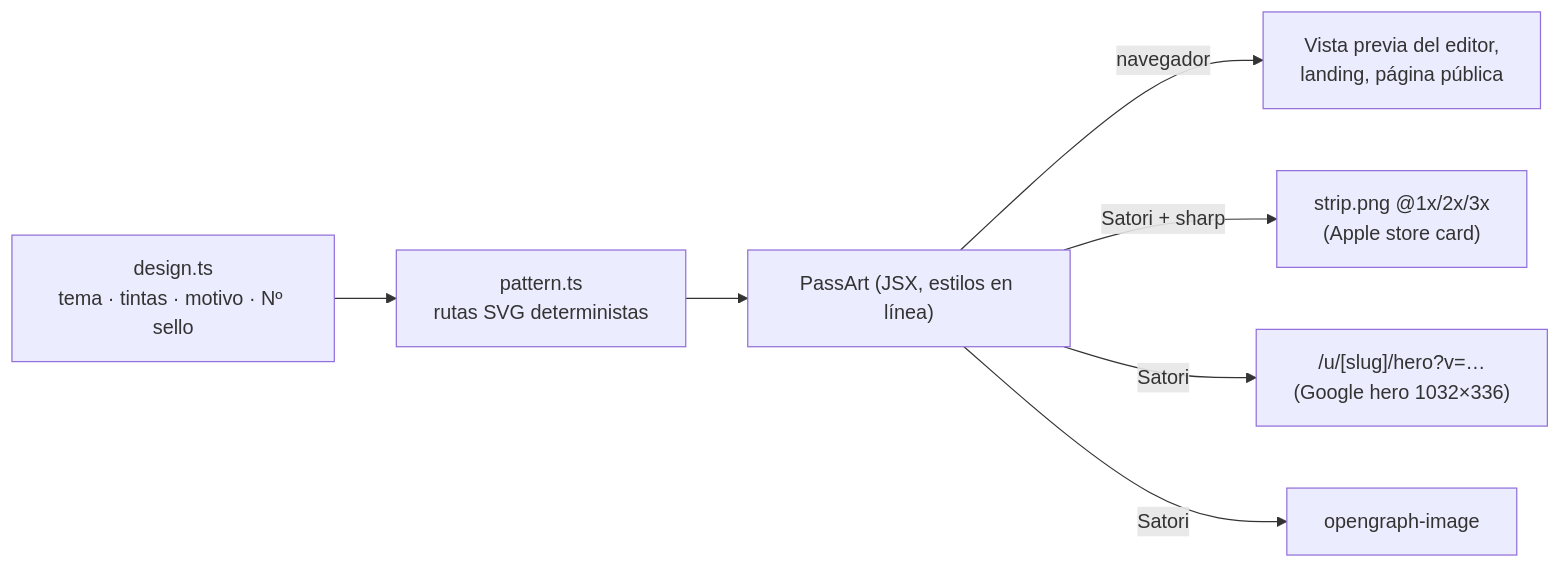
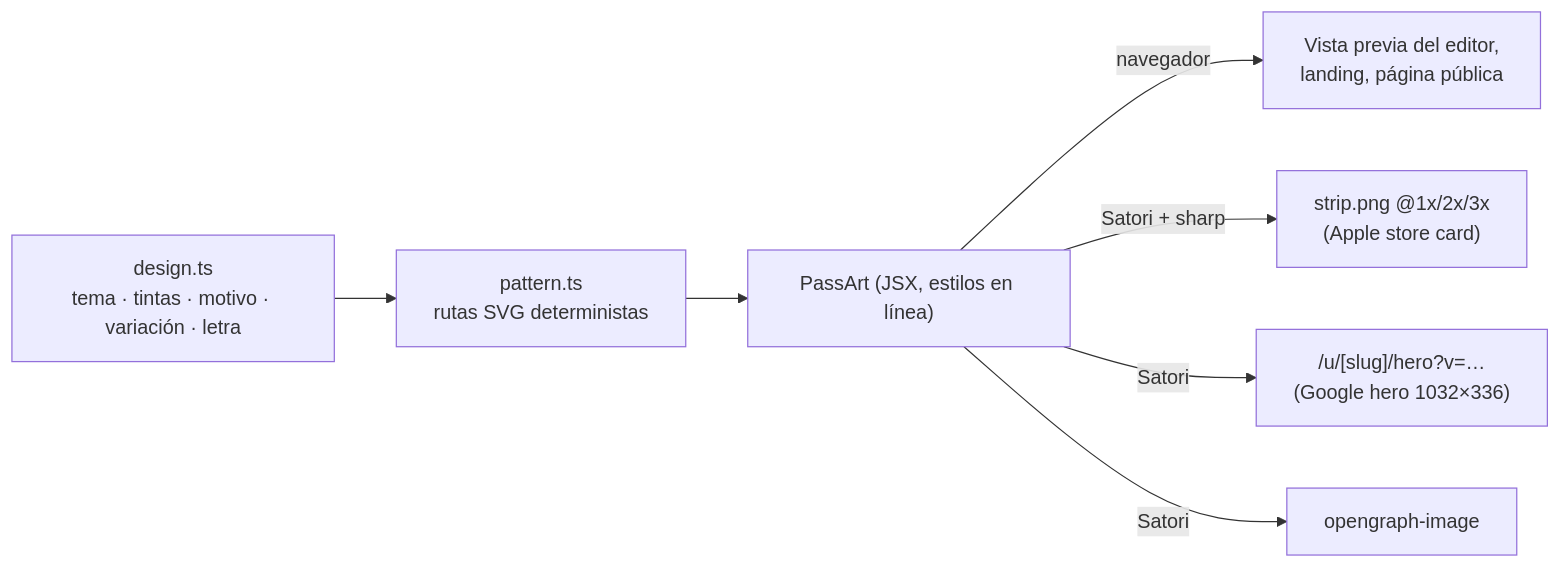
One commit to diegomolinacatala/PassMe changed the fourth of 4 diagrams in docs/ARCHITECTURE.md. Above: the diagram before and after it, drawn with Mermaid. The commit also changed other lines of this file and 7 other files, not shown here.

````diff
--- a/docs/ARCHITECTURE.md
+++ b/docs/ARCHITECTURE.md
@@ -108,9 +109,9 @@
 ```mermaid
 flowchart LR
-    D["design.ts<br/>tema · tintas · motivo · Nº sello"] --> P["pattern.ts<br/>rutas SVG deterministas"]
+    D["design.ts<br/>tema · tintas · motivo · variación · letra"] --> P["pattern.ts<br/>rutas SVG deterministas"]
     P --> A["PassArt (JSX, estilos en línea)"]
     A -->|navegador| E["Vista previa del editor,<br/>landing, página pública"]
     A -->|Satori + sharp| S["strip.png @1x/2x/3x<br/>(Apple store card)"]
     A -->|Satori| H["/u/[slug]/hero?v=…<br/>(Google hero 1032×336)"]
     A -->|Satori| O["opengraph-image"]
 ```
````
